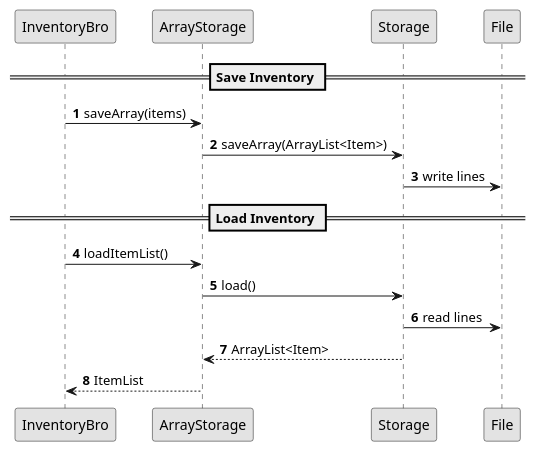
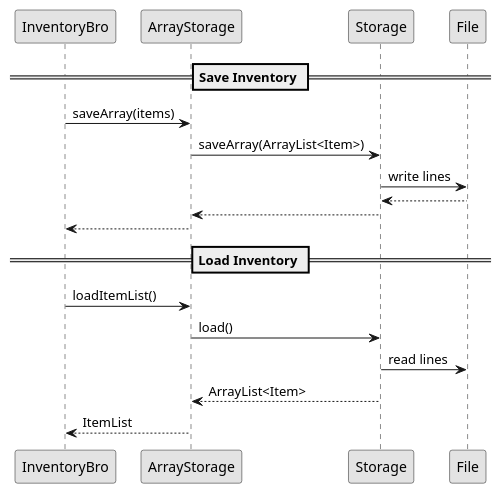
One commit to kenpegrasio/tp changed the diagram in docs/diagrams/StorageSequenceDiagram.puml. Above: the diagram before and after it, drawn with PlantUML. The commit also changed 3 other files, not shown here.

Commit message:
Updated diagrams

```diff
--- a/docs/diagrams/StorageSequenceDiagram.puml
+++ b/docs/diagrams/StorageSequenceDiagram.puml
@@ -1,29 +1,33 @@
 @startuml
 'https://plantuml.com/sequence-diagram
 
-autonumber
+
 
 skinparam monochrome true
 skinparam shadowing false
 hide circle
 
 participant InventoryBro
 participant ArrayStorage
 participant Storage
 participant File
 
 == Save Inventory ==
 
 InventoryBro -> ArrayStorage: saveArray(items)
 ArrayStorage -> Storage: saveArray(ArrayList<Item>)
 Storage -> File: write lines
+File --> Storage
+Storage --> ArrayStorage
+ArrayStorage --> InventoryBro
+
 
 == Load Inventory ==
 
 InventoryBro -> ArrayStorage: loadItemList()
 ArrayStorage -> Storage: load()
 Storage -> File: read lines
 Storage --> ArrayStorage: ArrayList<Item>
 ArrayStorage --> InventoryBro: ItemList
 
 @enduml
```
